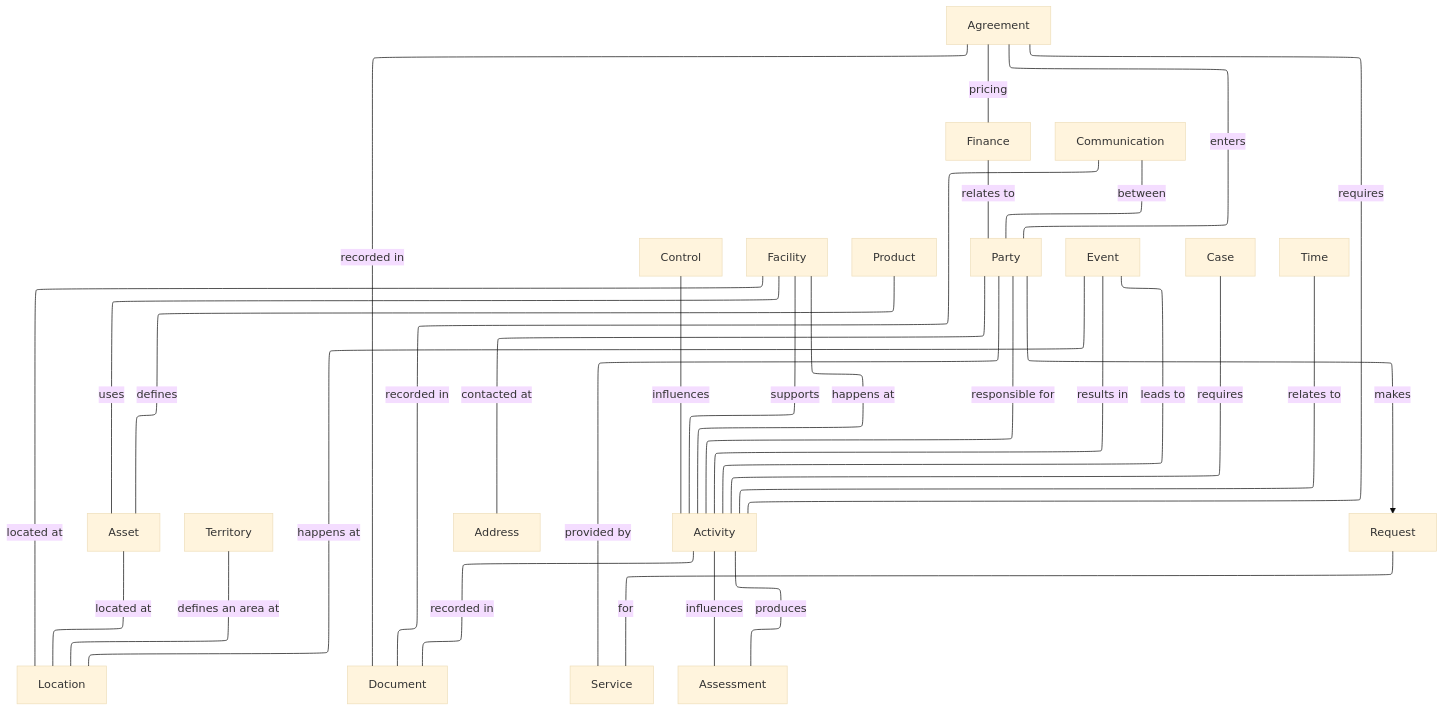
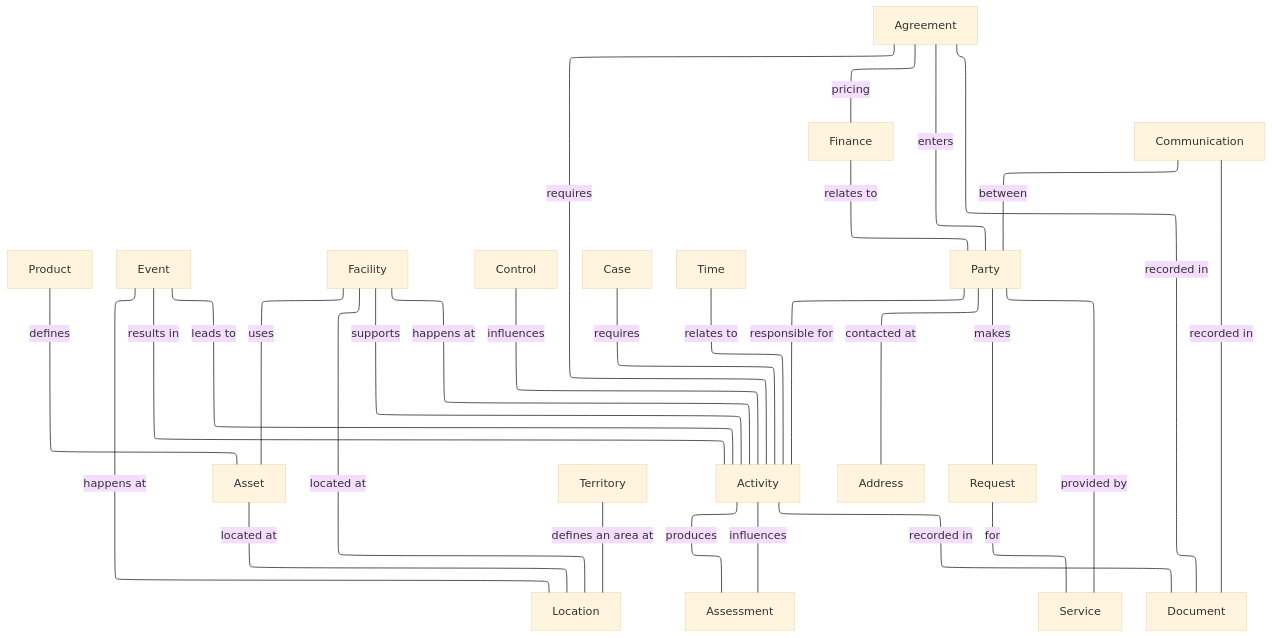
The first of 2 diagrams in data/defra-on-a-page/index.md (greg-solomon-defra/architecture), drawn with Mermaid (base theme) before and after one commit. The commit also changed 127 other files, not shown here.

````diff
--- a/data/defra-on-a-page/index.md
+++ b/data/defra-on-a-page/index.md
@@ -21,69 +21,85 @@
 config:
   layout: elk
   elk:
+    forceNodeModelOrder: true
     considerModelOrder: NODES_AND_EDGES
 ---
 flowchart TB
-  accTitle: Defra on a page enterprise conceptual data model
-  accDescr: Enterprise conceptual entities and their relationships.
 
-  Control[Control]
+    %% Entity declarations: retain this order when editing.
 
-  Facility[Facility]
-  Asset[Asset]
-  Product[Product]
-  Agreement[Agreement]
+    Agreement["Agreement"]
 
-  Location[Location]
-  Party[Party]
-  Finance[Finance]
-  Document[Document]
+    Finance["Finance"]
+    Communication["Communication"]
 
-  Territory[Territory]
-  Address[Address]
-  Service[Service]
+    Product["Product"]
+    Event["Event"]
+    Facility["Facility"]
+    Control["Control"]
+    Case["Case"]
+    Time["Time"]
+    Party["Party"]
 
-  Event[Event]
-  Activity[Activity]
-  Request[Request]
-  Case[Case]
+    Territory["Territory"]
+    Asset["Asset"]
+    Activity["Activity"]
+    Address["Address"]
+    Request["Request"]
 
-  Time[Time]
-  Assessment[Assessment]
-  Communication[Communication]
+    Location["Location"]
+    Assessment["Assessment"]
+    Service["Service"]
+    Document["Document"]
 
-  Control ---|influences| Activity
-  Agreement ---|requires| Activity
-  Agreement ---|pricing| Finance
-  Document ---|recorded in| Agreement
+    %% Agreements and communication
 
-  Asset ---|located at| Location
-  Facility ---|uses| Asset
-  Facility ---|located at| Location
-  Facility ---|supports| Activity
-  Product ---|defines| Asset
+    Agreement ---|pricing| Finance
+    Agreement ---|requires| Activity
+    Agreement ---|enters| Party
+    Agreement ---|recorded in| Document
 
-  Party ---|responsible for| Activity
-  Party ---|contacted at| Address
-  Agreement ---|enters| Party
-  Party -->|makes| Request
-  Finance ---|relates to| Party
+    Finance ---|relates to| Party
 
-  Activity ---|happens at| Facility
-  Activity ---|results in| Event
-  Activity ---|produces| Assessment
-  Activity ---|recorded in| Document
-  Assessment ---|influences| Activity
+    Communication ---|between| Party
+    Communication ---|recorded in| Document
 
-  Communication ---|between| Party
-  Communication ---|recorded in| Document
-  Case ---|requires| Activity
+    %% Products, events and facilities
 
-  Request ---|for| Service
-  Service ---|provided by| Party
+    Product ---|defines| Asset
 
-  Territory ---|defines an area at| Location
-  Event ---|happens at| Location
-  Event ---|leads to| Activity
-  Time ---|relates to| Activity
+    Event ---|results in| Activity
+    Event ---|leads to| Activity
+    Event ---|happens at| Location
+
+    Facility ---|uses| Asset
+    Facility ---|supports| Activity
+    Facility ---|happens at| Activity
+    Facility ---|located at| Location
+
+    %% Activity context
+
+    Control ---|influences| Activity
+    Case ---|requires| Activity
+    Time ---|relates to| Activity
+
+    %% Parties
+
+    Party ---|responsible for| Activity
+    Party ---|contacted at| Address
+    Party ---|makes| Request
+    Party ---|provided by| Service
+
+    %% Geography and assets
+
+    Territory ---|defines an area at| Location
+    Asset ---|located at| Location
+
+    %% Activity outputs and requests
+
+    Activity ---|influences| Assessment
+    Activity ---|produces| Assessment
+    Activity ---|recorded in| Document
+
+    Request ---|for| Service
 ```
````
